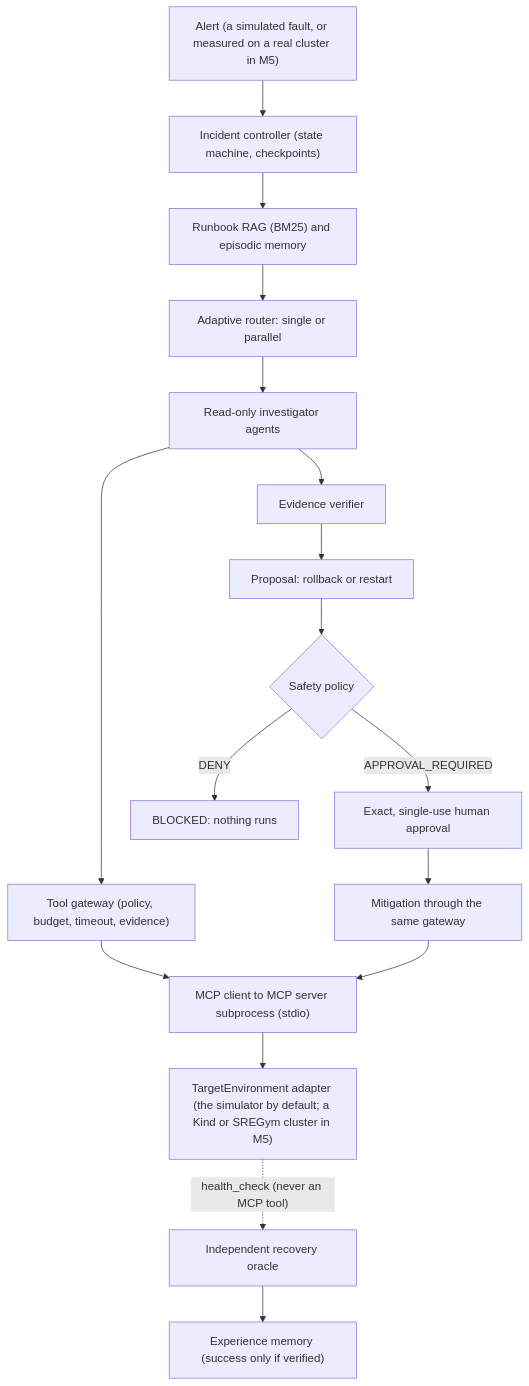
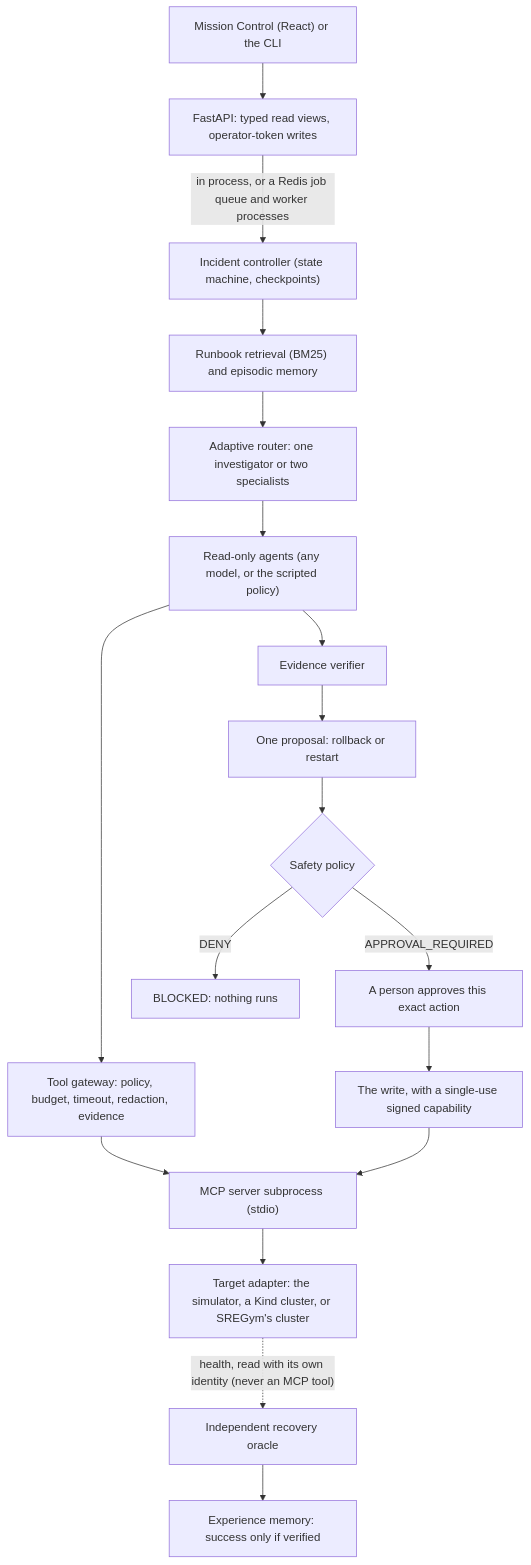
Before and after one commit to codeit-ronit/recap: the diagram in README.md, drawn with Mermaid. The commit also changed other lines of this file and 45 other files, not shown here.

````diff
--- a/README.md
+++ b/README.md
@@ -82,19 +90,20 @@
 ```mermaid
 flowchart TD
-    A["Alert (a simulated fault, or measured on a real cluster in M5)"] --> C["Incident controller (state machine, checkpoints)"]
-    C --> K["Runbook RAG (BM25) and episodic memory"]
-    K --> R["Adaptive router: single or parallel"]
-    R --> AG["Read-only investigator agents"]
-    AG --> GW["Tool gateway (policy, budget, timeout, evidence)"]
-    GW --> MCP["MCP client to MCP server subprocess (stdio)"]
-    MCP --> ENV["TargetEnvironment adapter (the simulator by default; a Kind or SREGym cluster in M5)"]
+    UI["Mission Control (React) or the CLI"] --> API["FastAPI: typed read views, operator-token writes"]
+    API -->|"in process, or a Redis job queue and worker processes"| C["Incident controller (state machine, checkpoints)"]
+    C --> K["Runbook retrieval (BM25) and episodic memory"]
+    K --> R["Adaptive router: one investigator or two specialists"]
+    R --> AG["Read-only agents (any model, or the scripted policy)"]
+    AG --> GW["Tool gateway: policy, budget, timeout, redaction, evidence"]
+    GW --> MCP["MCP server subprocess (stdio)"]
+    MCP --> ENV["Target adapter: the simulator, a Kind cluster, or SREGym's cluster"]
     AG --> VER["Evidence verifier"]
-    VER --> PROP["Proposal: rollback or restart"]
+    VER --> PROP["One proposal: rollback or restart"]
     PROP --> POL{"Safety policy"}
     POL -->|"DENY"| BLK["BLOCKED: nothing runs"]
-    POL -->|"APPROVAL_REQUIRED"| APR["Exact, single-use human approval"]
-    APR --> MIT["Mitigation through the same gateway"]
+    POL -->|"APPROVAL_REQUIRED"| APR["A person approves this exact action"]
+    APR --> MIT["The write, with a single-use signed capability"]
     MIT --> MCP
-    ENV -.->|"health_check (never an MCP tool)"| ORA["Independent recovery oracle"]
-    ORA --> MEM["Experience memory (success only if verified)"]
+    ENV -.->|"health, read with its own identity (never an MCP tool)"| ORA["Independent recovery oracle"]
+    ORA --> MEM["Experience memory: success only if verified"]
 ```
````
